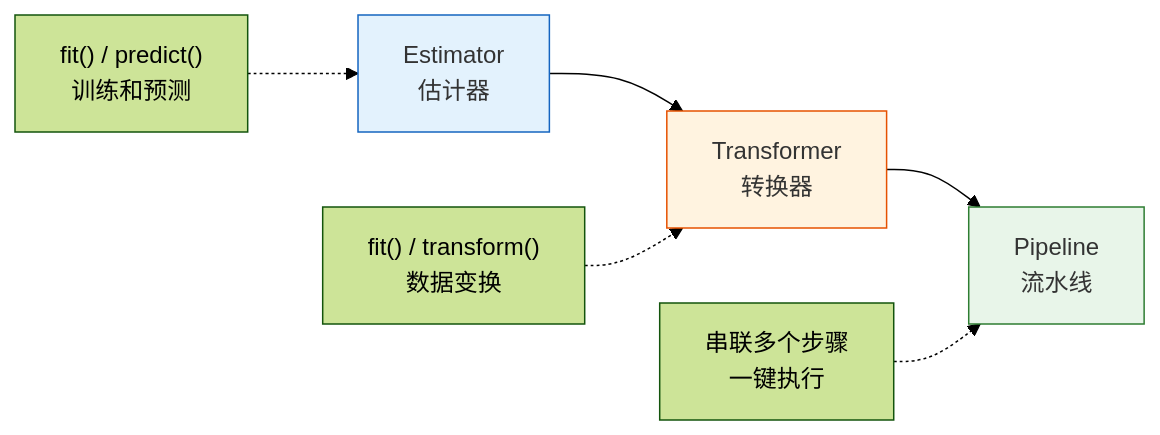
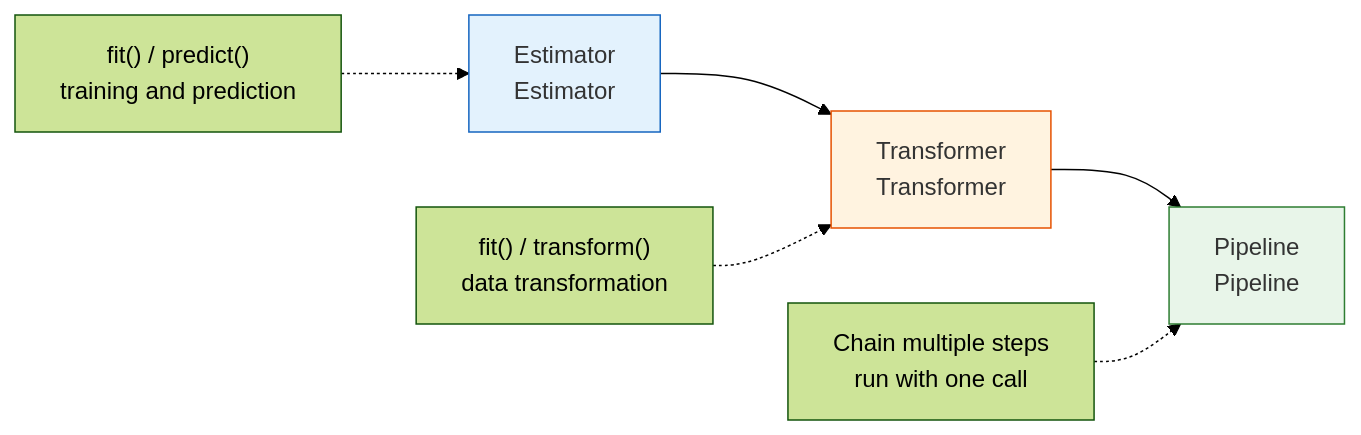
The second of 4 diagrams in docs/ch05-machine-learning/ch01-ml-basics/02-sklearn-intro.md (oudbiao/AI-fullstack-course), drawn with Mermaid (forest theme) before and after one commit. The commit also changed other lines of this file and 1406 other files, not shown here.

````diff
--- a/docs/ch05-machine-learning/ch01-ml-basics/02-sklearn-intro.md
+++ b/docs/ch05-machine-learning/ch01-ml-basics/02-sklearn-intro.md
@@ -149,13 +149,13 @@
 ```mermaid
 flowchart LR
-    E["Estimator<br/>估计器"] --> T["Transformer<br/>转换器"]
-    T --> P["Pipeline<br/>流水线"]
+    E["Estimator<br/>Estimator"] --> T["Transformer<br/>Transformer"]
+    T --> P["Pipeline<br/>Pipeline"]
 
-    E2["fit() / predict()<br/>训练和预测"] -.-> E
-    T2["fit() / transform()<br/>数据变换"] -.-> T
-    P2["串联多个步骤<br/>一键执行"] -.-> P
+    E2["fit() / predict()<br/>training and prediction"] -.-> E
+    T2["fit() / transform()<br/>data transformation"] -.-> T
+    P2["Chain multiple steps<br/>run with one call"] -.-> P
 
     style E fill:#e3f2fd,stroke:#1565c0,color:#333
     style T fill:#fff3e0,stroke:#e65100,color:#333
     style P fill:#e8f5e9,stroke:#2e7d32,color:#333
 ```
````
